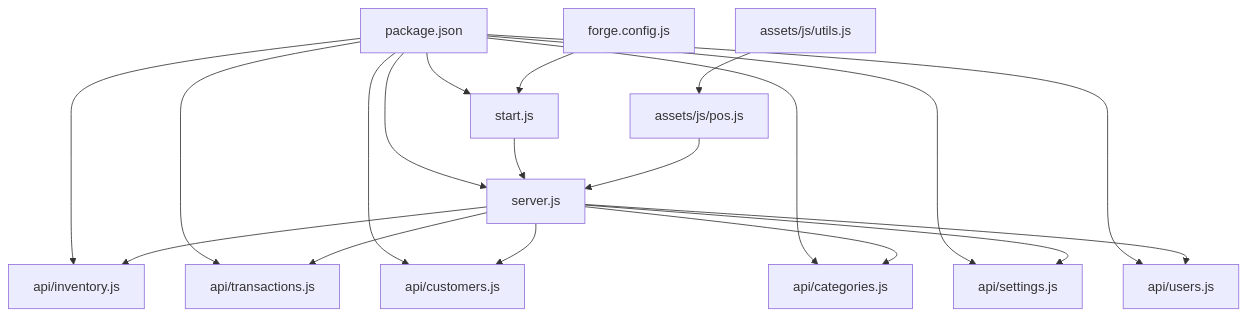
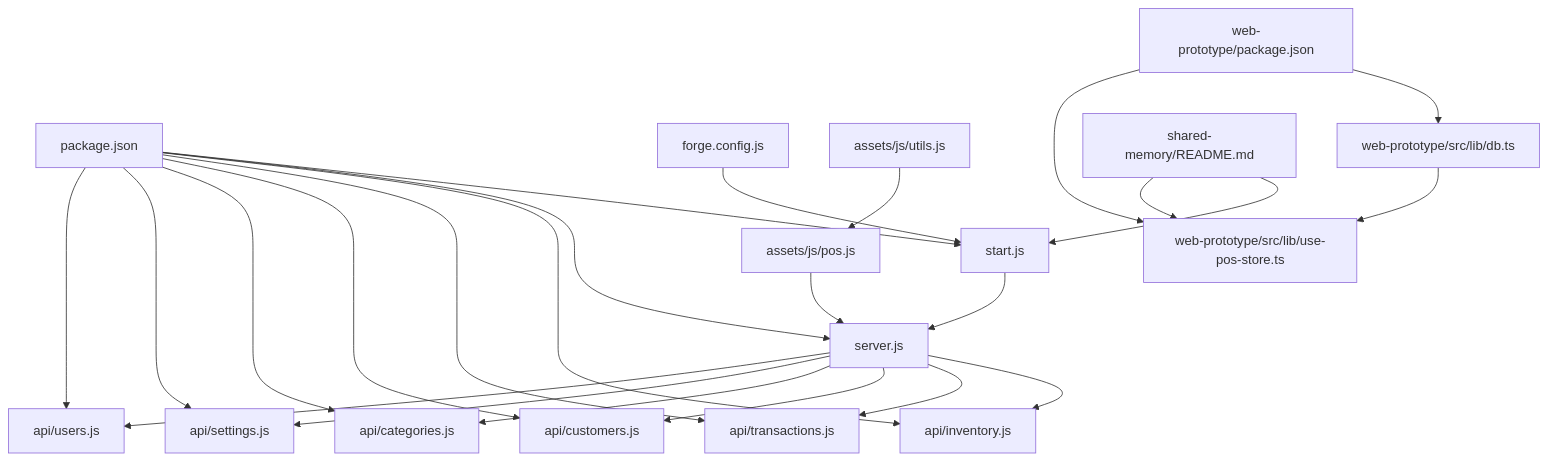
One commit to yosefdc7/PharmaPOS changed diagram 11 of 11 in .qoder/repowiki/en/content/Architecture Overview/Architecture Overview.md. Above: the diagram before and after it, drawn with Mermaid. The commit also changed other lines of this file and 28 other files, not shown here.

````diff
--- a/.qoder/repowiki/en/content/Architecture Overview/Architecture Overview.md
+++ b/.qoder/repowiki/en/content/Architecture Overview/Architecture Overview.md
@@ -392,33 +562,42 @@
 ```mermaid
 graph TB
 PJSON["package.json"]
 FORGE["forge.config.js"]
 START["start.js"]
 SERVER["server.js"]
 POS["assets/js/pos.js"]
 UTILS["assets/js/utils.js"]
 INV["api/inventory.js"]
 TRX["api/transactions.js"]
 CUS["api/customers.js"]
 CAT["api/categories.js"]
 SET["api/settings.js"]
 USR["api/users.js"]
+WEBPKG["web-prototype/package.json"]
+WEBDB["web-prototype/src/lib/db.ts"]
+WEBSTORE["web-prototype/src/lib/use-pos-store.ts"]
+SHARED["shared-memory/README.md"]
 PJSON --> START
 PJSON --> SERVER
 PJSON --> INV
 PJSON --> TRX
 PJSON --> CUS
 PJSON --> CAT
 PJSON --> SET
 PJSON --> USR
 START --> SERVER
 POS --> SERVER
 UTILS --> POS
 SERVER --> INV
 SERVER --> TRX
 SERVER --> CUS
 SERVER --> CAT
 SERVER --> SET
 SERVER --> USR
 FORGE --> START
+WEBPKG --> WEBDB
+WEBPKG --> WEBSTORE
+WEBDB --> WEBSTORE
+SHARED --> START
+SHARED --> WEBSTORE
 ```
````
